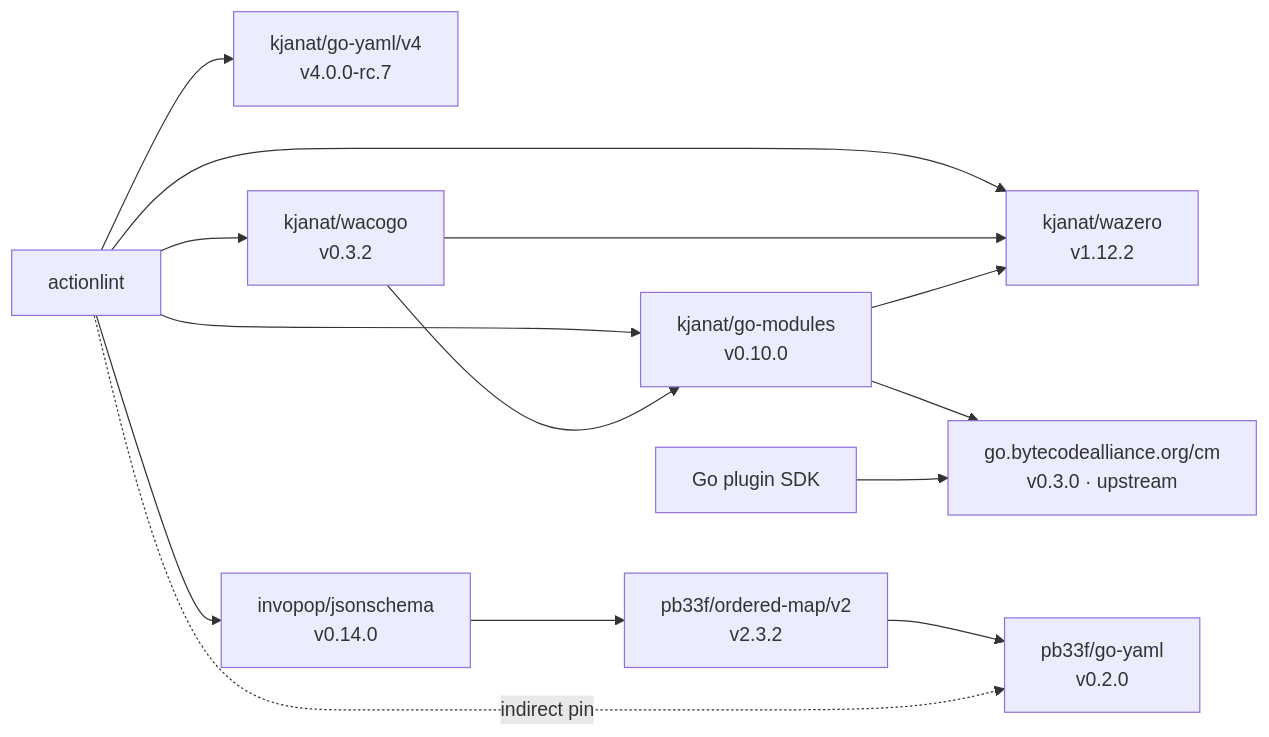
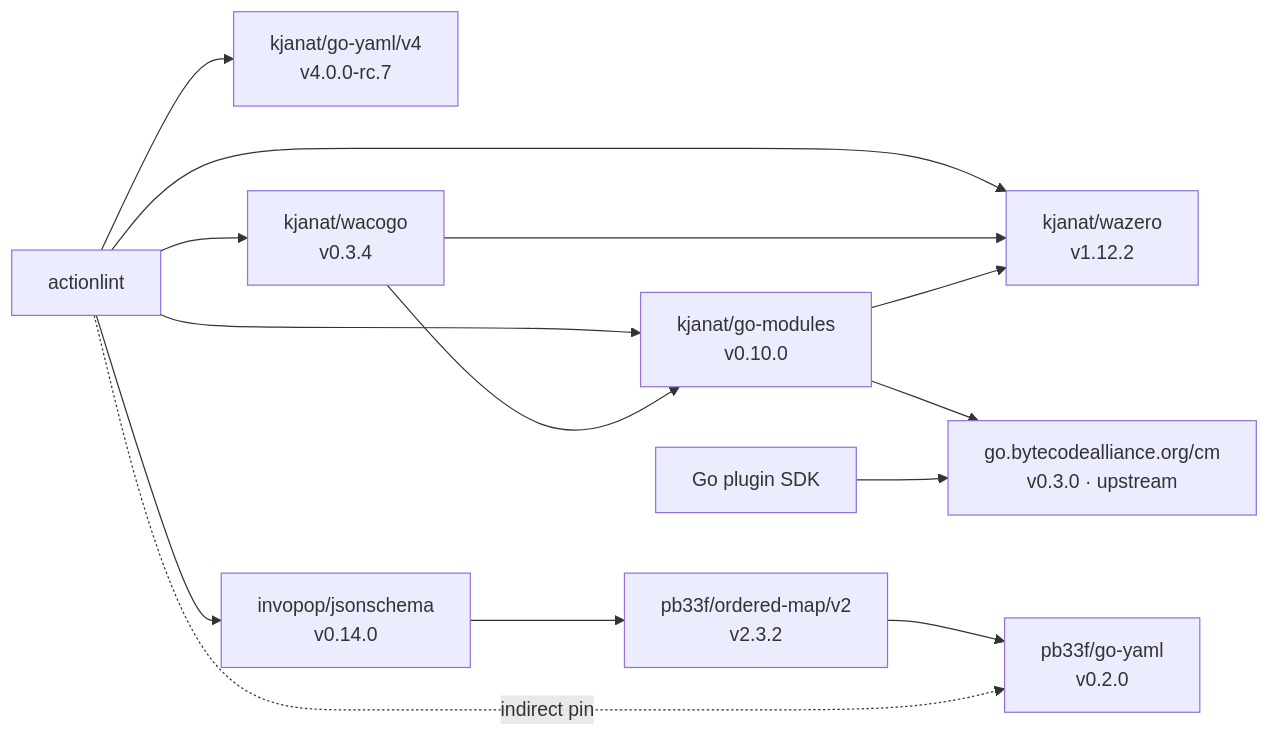
One commit to kjanat/actionlint changed the diagram in docs/go-forks.md. Above: the diagram before and after it, drawn with Mermaid. The commit also changed 3 other files, not shown here.

First line of the commit message:
chore(deps): update module github.com/kjanat/wacogo to v0.3.4 (#491)

````diff
--- a/docs/go-forks.md
+++ b/docs/go-forks.md
@@ -7,24 +7,24 @@
 ```mermaid
 flowchart LR
     %% renovate: depName=github.com/kjanat/go-yaml/v4
     A[actionlint] --> Y["kjanat/go-yaml/v4<br/>v4.0.0-rc.7"]
     %% renovate: depName=github.com/kjanat/wacogo
-    A --> W["kjanat/wacogo<br/>v0.3.2"]
+    A --> W["kjanat/wacogo<br/>v0.3.4"]
     %% renovate: depName=github.com/kjanat/wazero
     A --> Z["kjanat/wazero<br/>v1.12.2"]
     %% renovate: depName=github.com/kjanat/go-modules
     A --> G["kjanat/go-modules<br/>v0.10.0"]
     W --> G
     W --> Z
     G --> Z
     %% renovate: depName=go.bytecodealliance.org/cm
     G --> CM["go.bytecodealliance.org/cm<br/>v0.3.0 · upstream"]
     E[Go plugin SDK] --> CM
     %% renovate: depName=github.com/invopop/jsonschema
     A --> J["invopop/jsonschema<br/>v0.14.0"]
     %% renovate: depName=github.com/pb33f/ordered-map/v2
     J --> O["pb33f/ordered-map/v2<br/>v2.3.2"]
     %% renovate: depName=github.com/pb33f/go-yaml
     O --> P["pb33f/go-yaml<br/>v0.2.0"]
     A -. indirect pin .-> P
 ```
````
